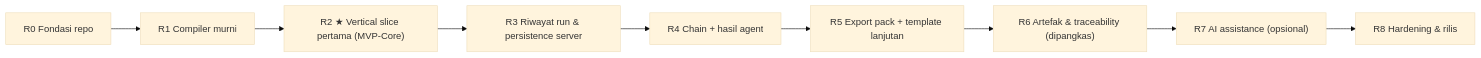
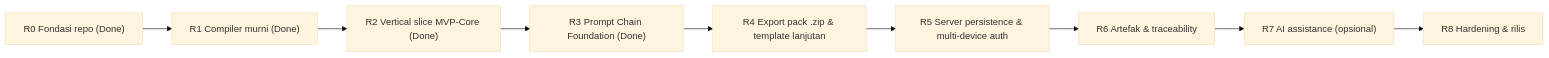
One commit to Ahmatstia/forma changed the diagram in docs/architecture/IMPLEMENTATION_ROADMAP.md. Above: the diagram before and after it, drawn with Mermaid (base theme). The commit also changed other lines of this file and 29 other files, not shown here.

````diff
--- a/docs/architecture/IMPLEMENTATION_ROADMAP.md
+++ b/docs/architecture/IMPLEMENTATION_ROADMAP.md
@@ -13,11 +13,11 @@
 ```mermaid
 flowchart LR
-  R0["R0 Fondasi repo"] --> R1["R1 Compiler murni"]
-  R1 --> R2["R2 ★ Vertical slice pertama (MVP-Core)"]
-  R2 --> R3["R3 Riwayat run & persistence server"]
-  R3 --> R4["R4 Chain + hasil agent"]
-  R4 --> R5["R5 Export pack + template lanjutan"]
-  R5 --> R6["R6 Artefak & traceability (dipangkas)"]
+  R0["R0 Fondasi repo (Done)"] --> R1["R1 Compiler murni (Done)"]
+  R1 --> R2["R2 Vertical slice MVP-Core (Done)"]
+  R2 --> R3["R3 Prompt Chain Foundation (Done)"]
+  R3 --> R4["R4 Export pack .zip & template lanjutan"]
+  R4 --> R5["R5 Server persistence & multi-device auth"]
+  R5 --> R6["R6 Artefak & traceability"]
   R6 --> R7["R7 AI assistance (opsional)"]
   R7 --> R8["R8 Hardening & rilis"]
 ```
````
